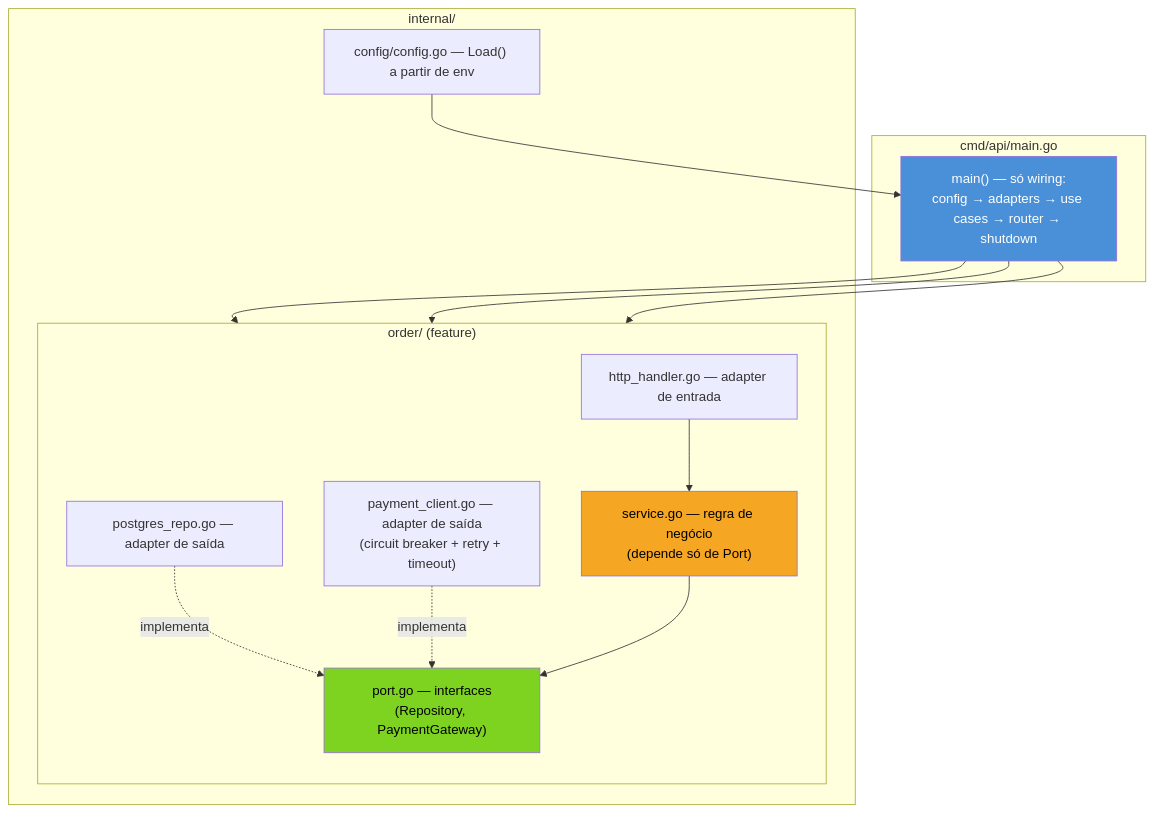
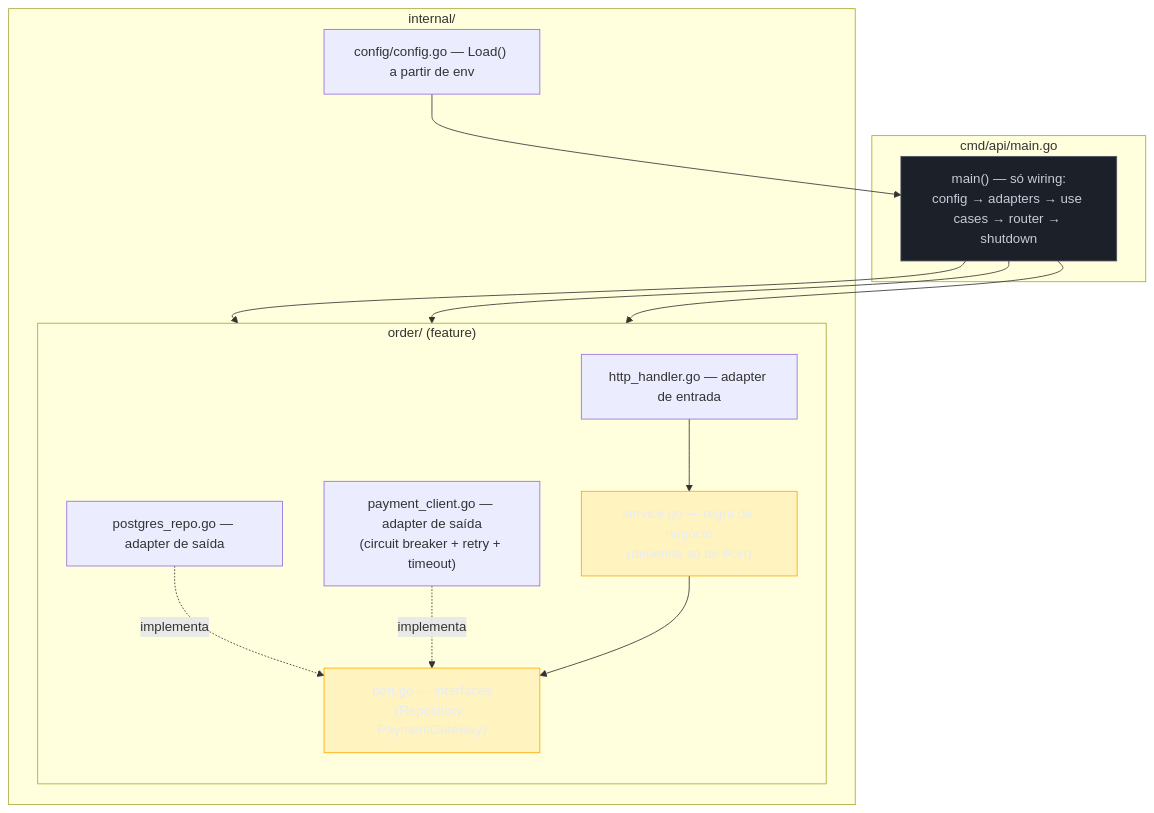
Before and after one commit to josenaldo/codex-technomanticus: the diagram in 03-Dominios/Tecnologia/Go/14 - Microservices e arquitetura/08 - Um serviço bem estruturado.md, drawn with Mermaid. The commit also changed 1181 other files, not shown here.

First line of the commit message:
fix(diagramas): paleta do sistema no lugar de cor cravada no markdown

````diff
--- a/03-Dominios/Tecnologia/Go/14 - Microservices e arquitetura/08 - Um serviço bem estruturado.md
+++ b/03-Dominios/Tecnologia/Go/14 - Microservices e arquitetura/08 - Um serviço bem estruturado.md
@@ -43,31 +43,33 @@
 ```mermaid
 flowchart TB
+    classDef neutro fill:#1B2029,stroke:#4E5666,color:#C6CCD8
+    classDef destaque fill:#FFAA0024,stroke:#FFAA00,color:#E9ECF2
     subgraph cmd["cmd/api/main.go"]
         M["main() — só wiring:\nconfig → adapters → use cases → router → shutdown"]
     end
 
     subgraph internal["internal/"]
         subgraph domain["order/ (feature)"]
             direction TB
             Port["port.go — interfaces\n(Repository, PaymentGateway)"]
             UC["service.go — regra de negócio\n(depende só de Port)"]
             HTTPAd["http_handler.go — adapter de entrada"]
             RepoAd["postgres_repo.go — adapter de saída"]
             PayAd["payment_client.go — adapter de saída\n(circuit breaker + retry + timeout)"]
         end
         Config["config/config.go — Load() a partir de env"]
     end
 
     Config --> M
     M --> HTTPAd
     M --> RepoAd
     M --> PayAd
     HTTPAd --> UC
     RepoAd -.implementa.-> Port
     PayAd -.implementa.-> Port
     UC --> Port
 
-    style M fill:#4A90D9,color:#fff
-    style UC fill:#F5A623,color:#000
-    style Port fill:#7ED321,color:#000
+    class M neutro
+    class UC destaque
+    class Port destaque
 ```
````
